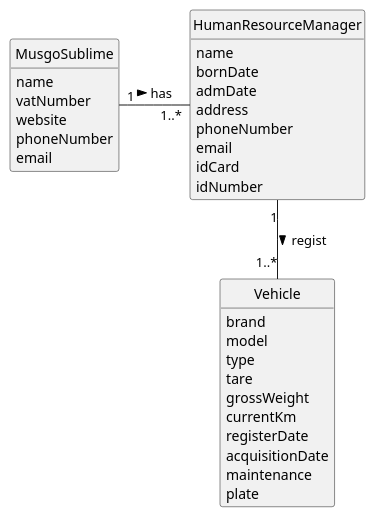
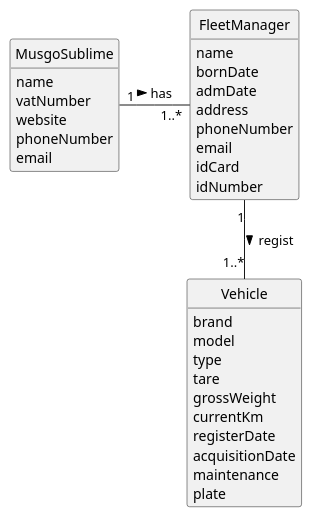
Before and after one commit to 1231360-ISEP/lei-24-s2-1db-g021: the diagram in docs/sprintA/us006/02.analysis/puml/us006-domain-model.puml, drawn with PlantUML.

Commit message:
US6 - Update Domain Model Excerpt

```diff
--- a/docs/sprintA/us006/02.analysis/puml/us006-domain-model.puml
+++ b/docs/sprintA/us006/02.analysis/puml/us006-domain-model.puml
@@ -1,45 +1,45 @@
 @startuml
 skinparam monochrome true
 skinparam packageStyle rectangle
 skinparam shadowing false
 
 skinparam classAttributeIconSize 0
 
 hide circle
 hide methods
 
 class MusgoSublime {
     name
     vatNumber
     website
     phoneNumber
     email
 }
 
-class HumanResourceManager {
+class FleetManager {
     name
     bornDate
     admDate
     address
     phoneNumber
     email
     idCard
     idNumber
 }
 
 class Vehicle {
     brand
     model
     type
     tare
     grossWeight
     currentKm
     registerDate
     acquisitionDate
     maintenance
     plate
 }
 
-MusgoSublime "1" - "1..*" HumanResourceManager: has >
-HumanResourceManager "1" -- "1..*" Vehicle : regist >
+MusgoSublime "1" - "1..*" FleetManager: has >
+FleetManager "1" -- "1..*" Vehicle : regist >
 @enduml
```
